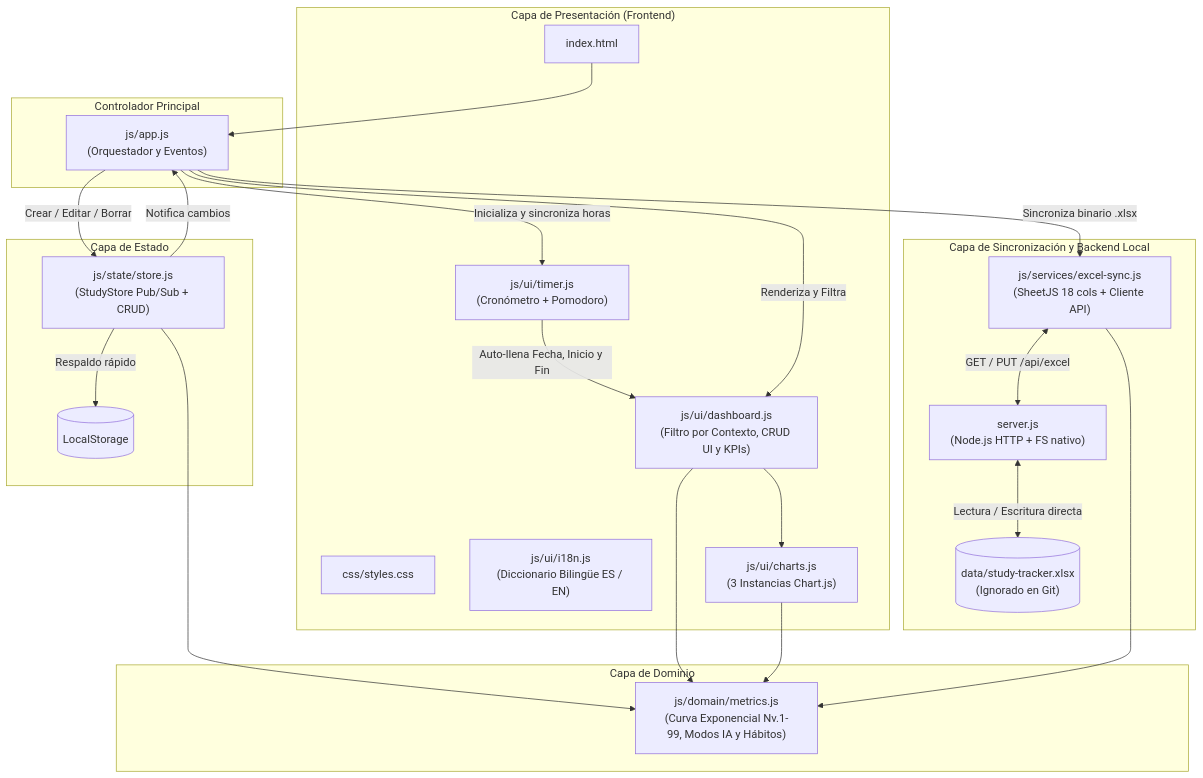
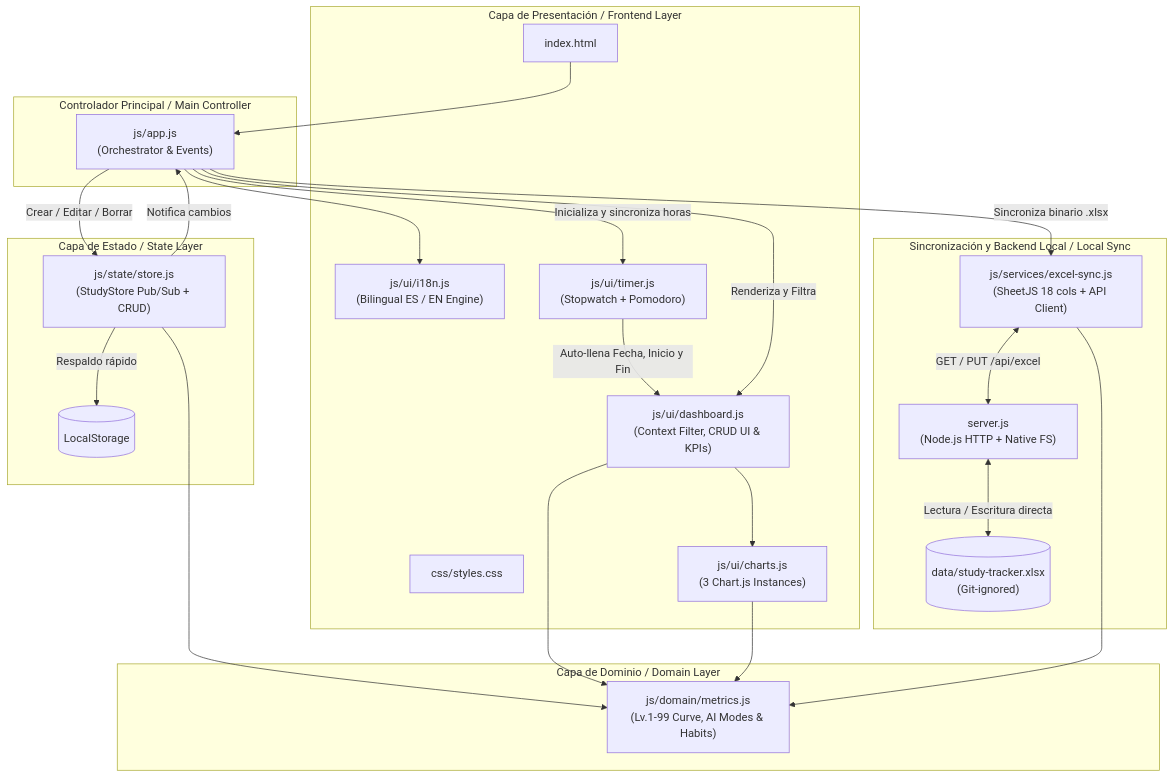
Before and after one commit to carloamezcua/study-tracker: the diagram in README.md, drawn with Mermaid. The commit also changed other lines of this file, not shown here.

````diff
--- a/README.md
+++ b/README.md
@@ -52,46 +54,47 @@
 ```mermaid
 flowchart TD
-    subgraph UI["Capa de Presentación (Frontend)"]
+    subgraph UI["Capa de Presentación / Frontend Layer"]
         HTML["index.html"]
         CSS["css/styles.css"]
-        I18N["js/ui/i18n.js\n(Diccionario Bilingüe ES / EN)"]
-        TIMER["js/ui/timer.js\n(Cronómetro + Pomodoro)"]
-        DASH["js/ui/dashboard.js\n(Filtro por Contexto, CRUD UI y KPIs)"]
-        CHARTS["js/ui/charts.js\n(3 Instancias Chart.js)"]
+        I18N["js/ui/i18n.js\n(Bilingual ES / EN Engine)"]
+        TIMER["js/ui/timer.js\n(Stopwatch + Pomodoro)"]
+        DASH["js/ui/dashboard.js\n(Context Filter, CRUD UI & KPIs)"]
+        CHARTS["js/ui/charts.js\n(3 Chart.js Instances)"]
     end
 
-    subgraph Controller["Controlador Principal"]
-        APP["js/app.js\n(Orquestador y Eventos)"]
+    subgraph Controller["Controlador Principal / Main Controller"]
+        APP["js/app.js\n(Orchestrator & Events)"]
     end
 
-    subgraph State["Capa de Estado"]
+    subgraph State["Capa de Estado / State Layer"]
         STORE["js/state/store.js\n(StudyStore Pub/Sub + CRUD)"]
         LS[("LocalStorage")]
     end
 
-    subgraph Domain["Capa de Dominio"]
-        METRICS["js/domain/metrics.js\n(Curva Exponencial Nv.1-99, Modos IA y Hábitos)"]
+    subgraph Domain["Capa de Dominio / Domain Layer"]
+        METRICS["js/domain/metrics.js\n(Lv.1-99 Curve, AI Modes & Habits)"]
     end
 
-    subgraph Sync["Capa de Sincronización y Backend Local"]
-        SYNC["js/services/excel-sync.js\n(SheetJS 18 cols + Cliente API)"]
-        SERVER["server.js\n(Node.js HTTP + FS nativo)"]
-        XLSX[("data/study-tracker.xlsx\n(Ignorado en Git)")]
+    subgraph Sync["Sincronización y Backend Local / Local Sync"]
+        SYNC["js/services/excel-sync.js\n(SheetJS 18 cols + API Client)"]
+        SERVER["server.js\n(Node.js HTTP + Native FS)"]
+        XLSX[("data/study-tracker.xlsx\n(Git-ignored)")]
     end
 
     HTML --> APP
+    APP --> I18N
     APP -->|Inicializa y sincroniza horas| TIMER
     TIMER -->|Auto-llena Fecha, Inicio y Fin| DASH
     APP -->|Crear / Editar / Borrar| STORE
     STORE -->|Respaldo rápido| LS
     STORE -->|Notifica cambios| APP
     APP -->|Renderiza y Filtra| DASH
     DASH --> CHARTS
     APP -->|Sincroniza binario .xlsx| SYNC
     SYNC <-->|GET / PUT /api/excel| SERVER
     SERVER <-->|Lectura / Escritura directa| XLSX
     STORE --> METRICS
     DASH --> METRICS
     CHARTS --> METRICS
     SYNC --> METRICS
 ```
````
